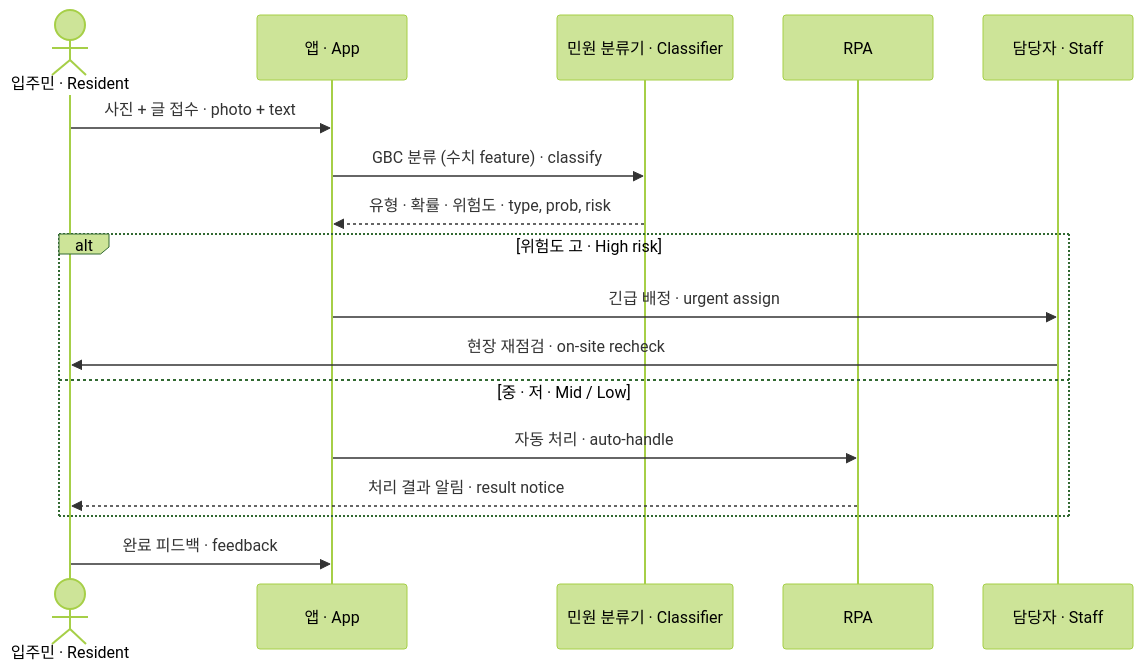
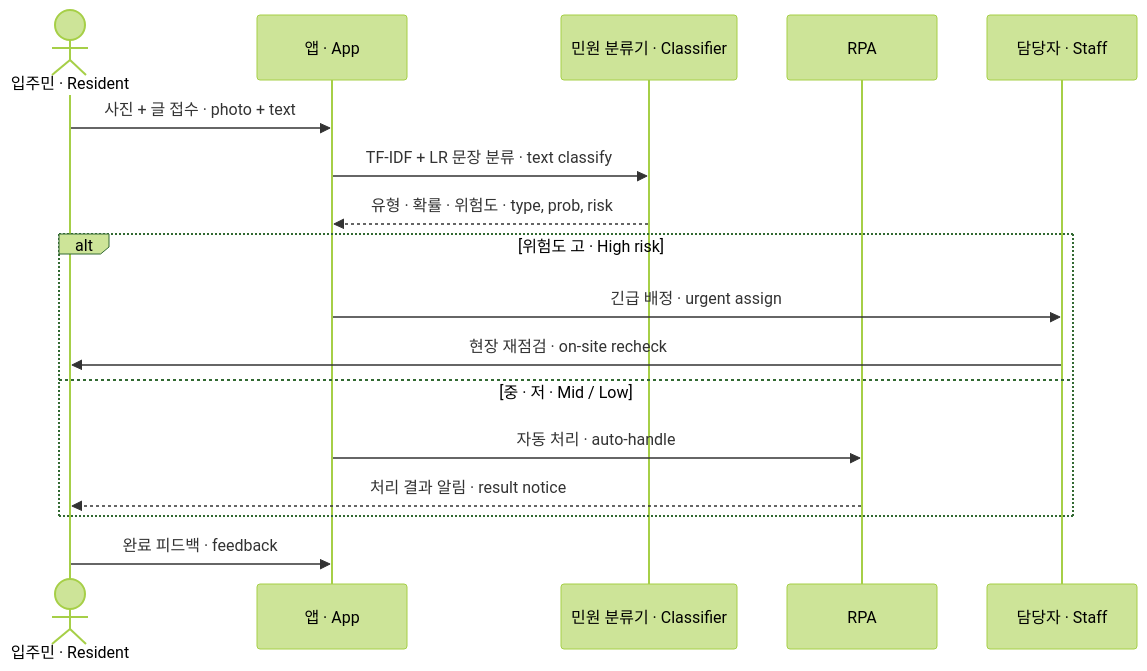
The sixth of 12 diagrams in README.md (limpst/ax-sprint-prototype), drawn with Mermaid (forest theme) before and after one commit. The commit also changed other lines of this file and 6 other files, not shown here.

````diff
--- a/README.md
+++ b/README.md
@@ -290,19 +307,19 @@
 ```mermaid
 sequenceDiagram
     actor R as 입주민 · Resident
     participant App as 앱 · App
     participant AI as 민원 분류기 · Classifier
     participant RPA as RPA
     participant S as 담당자 · Staff
     R->>App: 사진 + 글 접수 · photo + text
-    App->>AI: GBC 분류 (수치 feature) · classify
+    App->>AI: TF-IDF + LR 문장 분류 · text classify
     AI-->>App: 유형 · 확률 · 위험도 · type, prob, risk
     alt 위험도 고 · High risk
         App->>S: 긴급 배정 · urgent assign
         S->>R: 현장 재점검 · on-site recheck
     else 중 · 저 · Mid / Low
         App->>RPA: 자동 처리 · auto-handle
         RPA-->>R: 처리 결과 알림 · result notice
     end
     R->>App: 완료 피드백 · feedback
 ```
````
